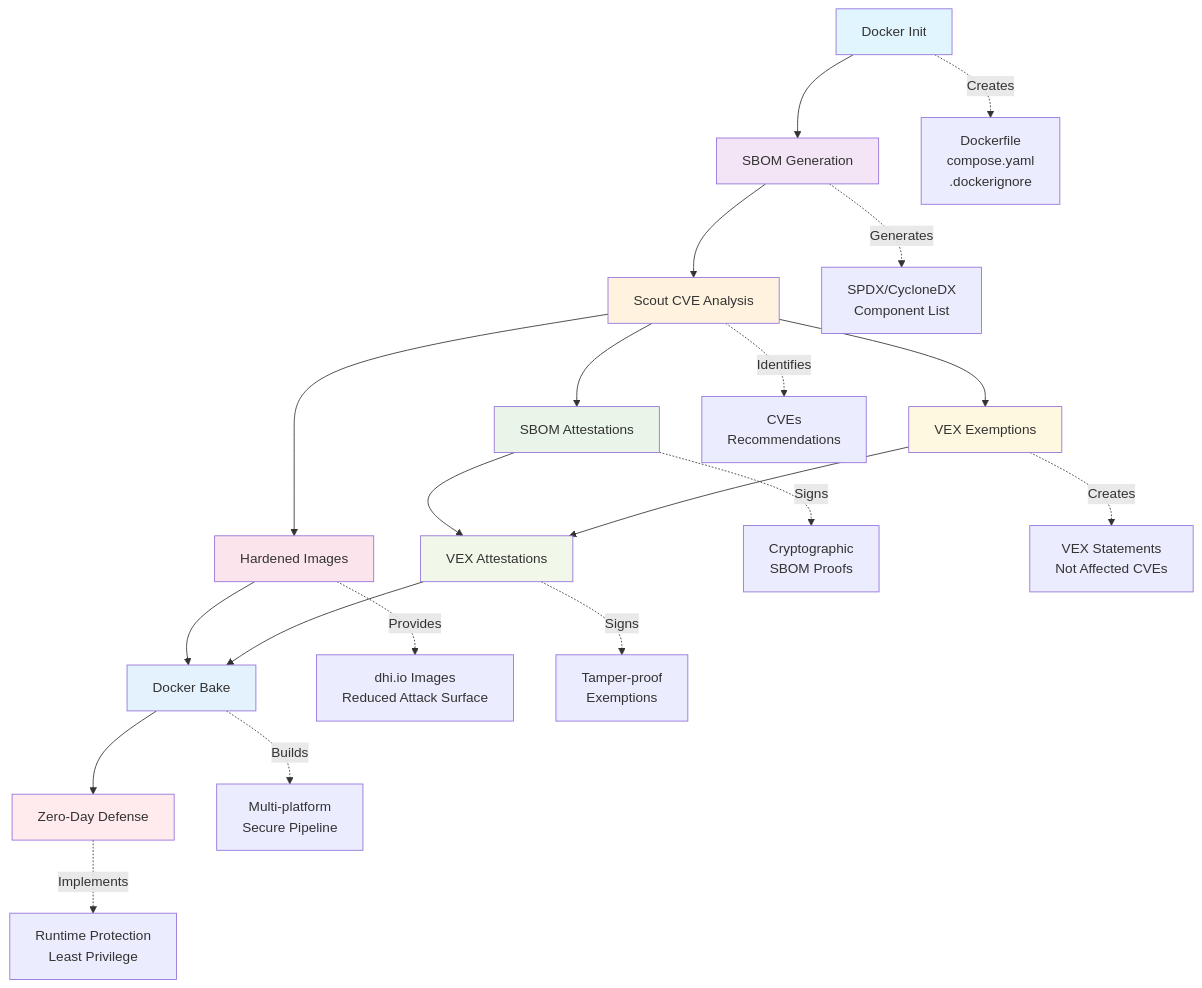
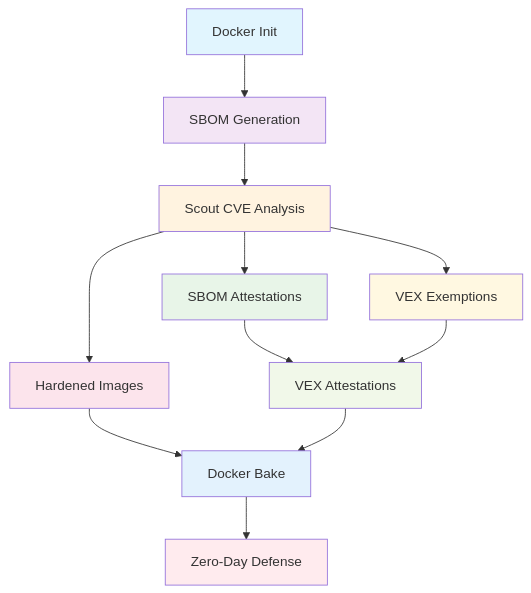
Before and after one commit to DockerSecurity-io/commandos-v1.5: the diagram in README.md, drawn with Mermaid. The commit also changed other lines of this file and 2 other files, not shown here.

````diff
--- a/README.md
+++ b/README.md
@@ -19,33 +19,23 @@
 ```mermaid
 flowchart TD
     A[Docker Init] --> B[SBOM Generation]
     B --> C[Scout CVE Analysis]
     C --> D[SBOM Attestations]
     C --> E[Hardened Images]
     C --> F[VEX Exemptions]
     D --> G[VEX Attestations]
     F --> G
     E --> H[Docker Bake]
     G --> H
     H --> I[Zero-Day Defense]
 
-    A -.->|Creates| A1[Dockerfile<br/>compose.yaml<br/>.dockerignore]
-    B -.->|Generates| B1[SPDX/CycloneDX<br/>Component List]
-    C -.->|Identifies| C1[CVEs<br/>Recommendations]
-    D -.->|Signs| D1[Cryptographic<br/>SBOM Proofs]
-    E -.->|Provides| E1[dhi.io Images<br/>Reduced Attack Surface]
-    F -.->|Creates| F1[VEX Statements<br/>Not Affected CVEs]
-    G -.->|Signs| G1[Tamper-proof<br/>Exemptions]
-    H -.->|Builds| H1[Multi-platform<br/>Secure Pipeline]
-    I -.->|Implements| I1[Runtime Protection<br/>Least Privilege]
-
     style A fill:#e1f5fe
     style B fill:#f3e5f5
     style C fill:#fff3e0
     style D fill:#e8f5e8
     style E fill:#fce4ec
     style F fill:#fff8e1
     style G fill:#f1f8e9
     style H fill:#e3f2fd
     style I fill:#ffebee
 ```
````
